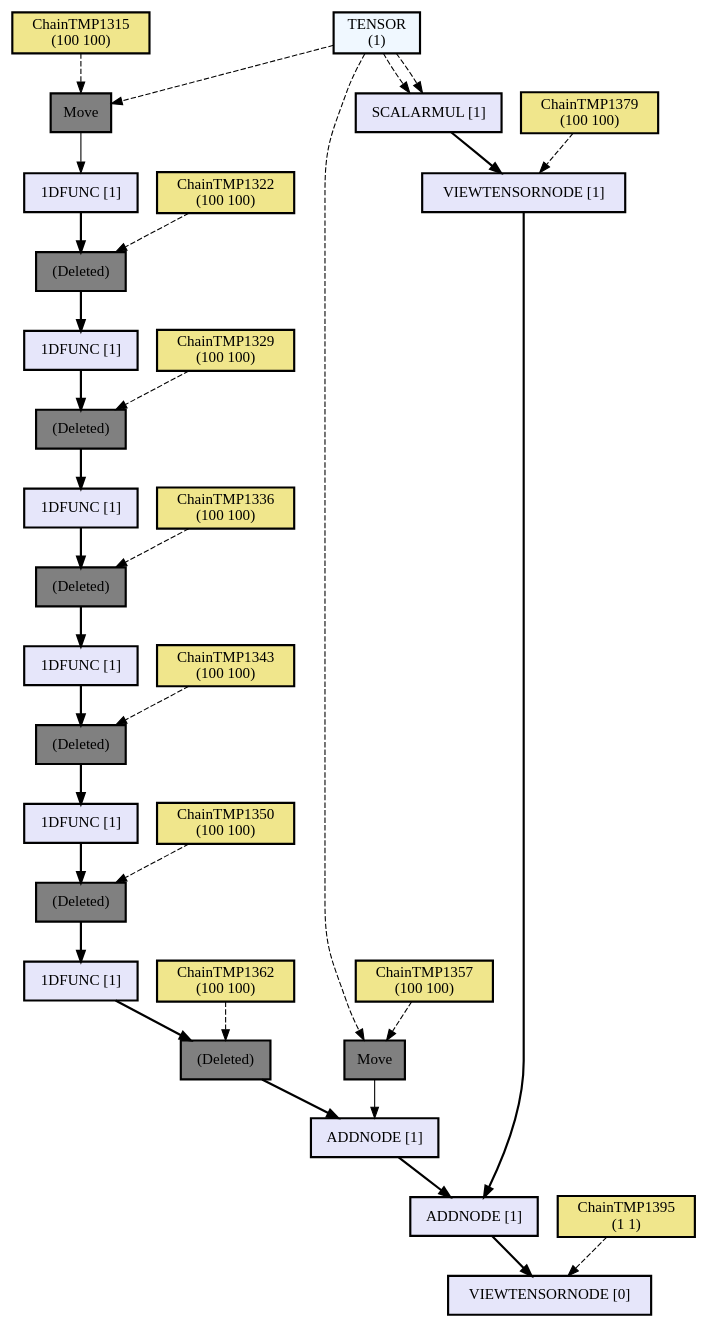
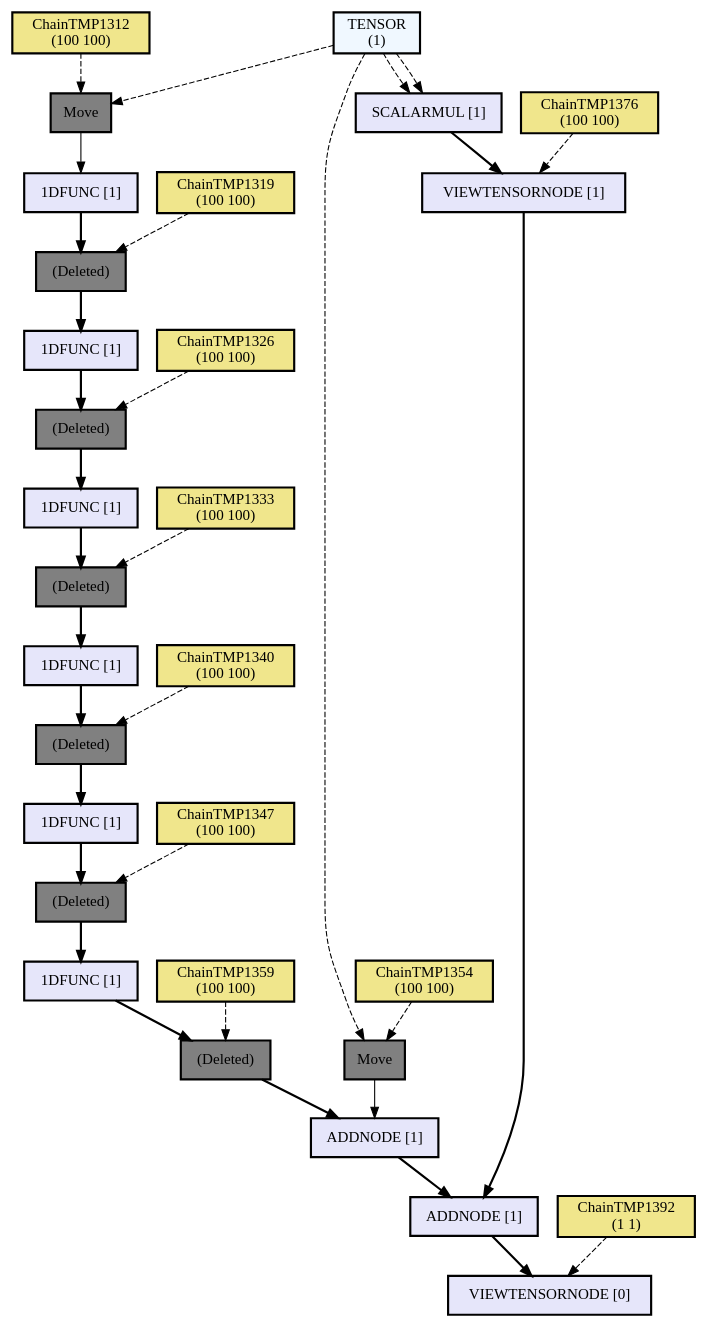
The diagram in assets/out3.dot (hikettei/cl-waffe2), drawn with Graphviz before and after one commit. The commit also changed 5 other files, not shown here.

```diff
--- a/assets/out3.dot
+++ b/assets/out3.dot
@@ -1,82 +1,82 @@
 digraph computation_node {
   node[shape="box" style="filled" color="black" penwidth="2"];
   TENSOR [label = "TENSOR
 (100 100)" fillcolor="#f0f8ff" style="filled, solid"];
-  ChainTMP1315 [label = "ChainTMP1315
+  ChainTMP1312 [label = "ChainTMP1312
 (100 100)" fillcolor="#f0e68c" style="filled, solid"];
-  NODE1465 [label = "Move" fillcolor="gray" style="filled, solid"];
-  NODE1464 [label = "1DFUNC [1]" fillcolor="#e6e6fa" style="filled, solid"];
-  ChainTMP1322 [label = "ChainTMP1322
-(100 100)" fillcolor="#f0e68c" style="filled, solid"];
-  NODE1462 [label = "(Deleted)" fillcolor="gray" style="filled, solid"];
+  NODE1462 [label = "Move" fillcolor="gray" style="filled, solid"];
   NODE1461 [label = "1DFUNC [1]" fillcolor="#e6e6fa" style="filled, solid"];
-  ChainTMP1329 [label = "ChainTMP1329
+  ChainTMP1319 [label = "ChainTMP1319
 (100 100)" fillcolor="#f0e68c" style="filled, solid"];
   NODE1459 [label = "(Deleted)" fillcolor="gray" style="filled, solid"];
   NODE1458 [label = "1DFUNC [1]" fillcolor="#e6e6fa" style="filled, solid"];
-  ChainTMP1336 [label = "ChainTMP1336
+  ChainTMP1326 [label = "ChainTMP1326
 (100 100)" fillcolor="#f0e68c" style="filled, solid"];
   NODE1456 [label = "(Deleted)" fillcolor="gray" style="filled, solid"];
   NODE1455 [label = "1DFUNC [1]" fillcolor="#e6e6fa" style="filled, solid"];
-  ChainTMP1343 [label = "ChainTMP1343
+  ChainTMP1333 [label = "ChainTMP1333
 (100 100)" fillcolor="#f0e68c" style="filled, solid"];
   NODE1453 [label = "(Deleted)" fillcolor="gray" style="filled, solid"];
   NODE1452 [label = "1DFUNC [1]" fillcolor="#e6e6fa" style="filled, solid"];
-  ChainTMP1350 [label = "ChainTMP1350
+  ChainTMP1340 [label = "ChainTMP1340
 (100 100)" fillcolor="#f0e68c" style="filled, solid"];
   NODE1450 [label = "(Deleted)" fillcolor="gray" style="filled, solid"];
   NODE1449 [label = "1DFUNC [1]" fillcolor="#e6e6fa" style="filled, solid"];
-  ChainTMP1362 [label = "ChainTMP1362
+  ChainTMP1347 [label = "ChainTMP1347
 (100 100)" fillcolor="#f0e68c" style="filled, solid"];
   NODE1447 [label = "(Deleted)" fillcolor="gray" style="filled, solid"];
+  NODE1446 [label = "1DFUNC [1]" fillcolor="#e6e6fa" style="filled, solid"];
+  ChainTMP1359 [label = "ChainTMP1359
+(100 100)" fillcolor="#f0e68c" style="filled, solid"];
+  NODE1444 [label = "(Deleted)" fillcolor="gray" style="filled, solid"];
   TENSOR [label = "TENSOR
 (100 100)" fillcolor="#f0f8ff" style="filled, solid"];
-  ChainTMP1357 [label = "ChainTMP1357
+  ChainTMP1354 [label = "ChainTMP1354
 (100 100)" fillcolor="#f0e68c" style="filled, solid"];
-  NODE1444 [label = "Move" fillcolor="gray" style="filled, solid"];
-  NODE1443 [label = "ADDNODE [1]" fillcolor="#e6e6fa" style="filled, solid"];
+  NODE1441 [label = "Move" fillcolor="gray" style="filled, solid"];
+  NODE1440 [label = "ADDNODE [1]" fillcolor="#e6e6fa" style="filled, solid"];
   TENSOR [label = "TENSOR
 (1 1)" fillcolor="#f0f8ff" style="filled, solid"];
   TENSOR [label = "TENSOR
 (1)" fillcolor="#f0f8ff" style="filled, solid"];
-  NODE1440 [label = "SCALARMUL [1]" fillcolor="#e6e6fa" style="filled, solid"];
-  ChainTMP1379 [label = "ChainTMP1379
+  NODE1437 [label = "SCALARMUL [1]" fillcolor="#e6e6fa" style="filled, solid"];
+  ChainTMP1376 [label = "ChainTMP1376
 (100 100)" fillcolor="#f0e68c" style="filled, solid"];
-  NODE1438 [label = "VIEWTENSORNODE [1]" fillcolor="#e6e6fa" style="filled, solid"];
-  NODE1437 [label = "ADDNODE [1]" fillcolor="#e6e6fa" style="filled, solid"];
-  ChainTMP1395 [label = "ChainTMP1395
+  NODE1435 [label = "VIEWTENSORNODE [1]" fillcolor="#e6e6fa" style="filled, solid"];
+  NODE1434 [label = "ADDNODE [1]" fillcolor="#e6e6fa" style="filled, solid"];
+  ChainTMP1392 [label = "ChainTMP1392
 (1 1)" fillcolor="#f0e68c" style="filled, solid"];
-  NODE1435 [label = "VIEWTENSORNODE [0]" fillcolor="#e6e6fa" style="filled, solid"];
-  ChainTMP1395 -> NODE1435[style="dashed"];
+  NODE1432 [label = "VIEWTENSORNODE [0]" fillcolor="#e6e6fa" style="filled, solid"];
+  ChainTMP1392 -> NODE1432[style="dashed"];
+  NODE1434 -> NODE1432[penwidth="2"];
+  NODE1435 -> NODE1434[penwidth="2"];
+  ChainTMP1376 -> NODE1435[style="dashed"];
   NODE1437 -> NODE1435[penwidth="2"];
-  NODE1438 -> NODE1437[penwidth="2"];
-  ChainTMP1379 -> NODE1438[style="dashed"];
-  NODE1440 -> NODE1438[penwidth="2"];
-  TENSOR -> NODE1440[style="dashed"];
-  TENSOR -> NODE1440[style="dashed"];
-  NODE1443 -> NODE1437[penwidth="2"];
-  NODE1444 -> NODE1443[weight=10];
-  ChainTMP1357 -> NODE1444[style="dashed"];
-  TENSOR -> NODE1444[style="dashed"];
-  NODE1447 -> NODE1443[penwidth="2"];
-  ChainTMP1362 -> NODE1447[style="dashed"];
+  TENSOR -> NODE1437[style="dashed"];
+  TENSOR -> NODE1437[style="dashed"];
+  NODE1440 -> NODE1434[penwidth="2"];
+  NODE1441 -> NODE1440[weight=10];
+  ChainTMP1354 -> NODE1441[style="dashed"];
+  TENSOR -> NODE1441[style="dashed"];
+  NODE1444 -> NODE1440[penwidth="2"];
+  ChainTMP1359 -> NODE1444[style="dashed"];
+  NODE1446 -> NODE1444[penwidth="2"];
+  NODE1447 -> NODE1446[penwidth="2"];
+  ChainTMP1347 -> NODE1447[style="dashed"];
   NODE1449 -> NODE1447[penwidth="2"];
   NODE1450 -> NODE1449[penwidth="2"];
-  ChainTMP1350 -> NODE1450[style="dashed"];
+  ChainTMP1340 -> NODE1450[style="dashed"];
   NODE1452 -> NODE1450[penwidth="2"];
   NODE1453 -> NODE1452[penwidth="2"];
-  ChainTMP1343 -> NODE1453[style="dashed"];
+  ChainTMP1333 -> NODE1453[style="dashed"];
   NODE1455 -> NODE1453[penwidth="2"];
   NODE1456 -> NODE1455[penwidth="2"];
-  ChainTMP1336 -> NODE1456[style="dashed"];
+  ChainTMP1326 -> NODE1456[style="dashed"];
   NODE1458 -> NODE1456[penwidth="2"];
   NODE1459 -> NODE1458[penwidth="2"];
-  ChainTMP1329 -> NODE1459[style="dashed"];
+  ChainTMP1319 -> NODE1459[style="dashed"];
   NODE1461 -> NODE1459[penwidth="2"];
-  NODE1462 -> NODE1461[penwidth="2"];
-  ChainTMP1322 -> NODE1462[style="dashed"];
-  NODE1464 -> NODE1462[penwidth="2"];
-  NODE1465 -> NODE1464[weight=10];
-  ChainTMP1315 -> NODE1465[style="dashed"];
-  TENSOR -> NODE1465[style="dashed"];
+  NODE1462 -> NODE1461[weight=10];
+  ChainTMP1312 -> NODE1462[style="dashed"];
+  TENSOR -> NODE1462[style="dashed"];
 }
```
